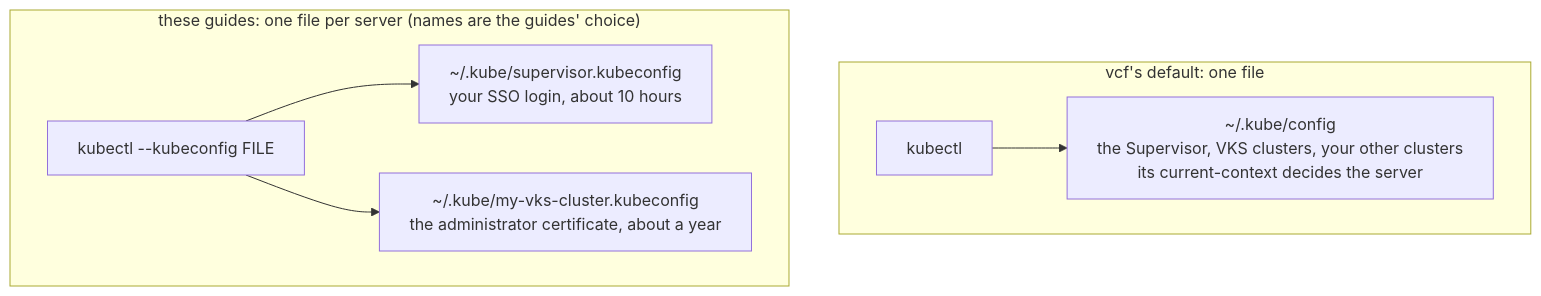
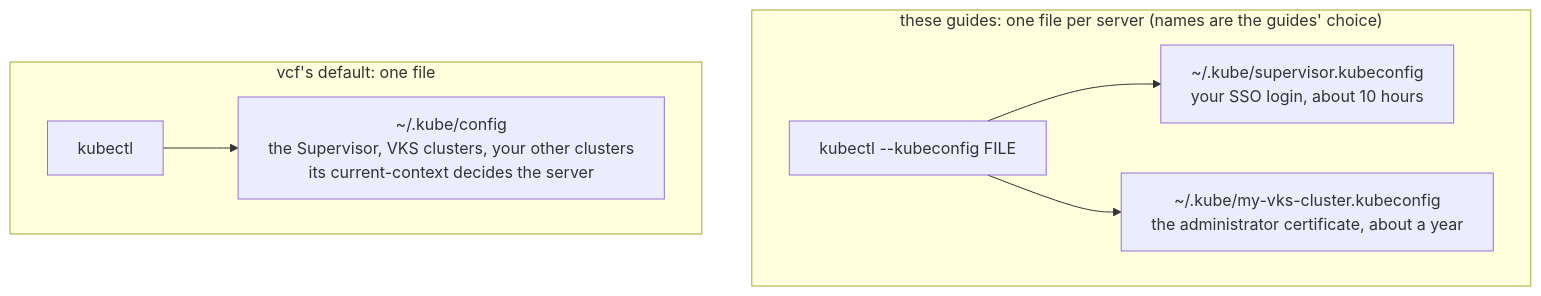
The second of 3 diagrams in docs/VCF.md (AndriyKalashnykov/vks-guides), drawn with Mermaid before and after one commit. The commit also changed other lines of this file, not shown here.

Commit message:
docs: VCF.md: link fix; default diagram first

````diff
--- a/docs/VCF.md
+++ b/docs/VCF.md
@@ -322,11 +322,11 @@
 ```mermaid
 %%{init: {"flowchart": {"htmlLabels": false, "wrappingWidth": 600}}}%%
 flowchart TB
-  subgraph def["vcf's default: one file"]
-    dk["kubectl"] --> df["~/.kube/config<br/>the Supervisor, VKS clusters, your other clusters<br/>its current-context decides the server"]
-  end
   subgraph guides["these guides: one file per server (names are the guides' choice)"]
     gk["kubectl --kubeconfig FILE"] --> gs["~/.kube/supervisor.kubeconfig<br/>your SSO login, about 10 hours"]
     gk --> gc["~/.kube/my-vks-cluster.kubeconfig<br/>the administrator certificate, about a year"]
   end
+  subgraph def["vcf's default: one file"]
+    dk["kubectl"] --> df["~/.kube/config<br/>the Supervisor, VKS clusters, your other clusters<br/>its current-context decides the server"]
+  end
 ```
````
